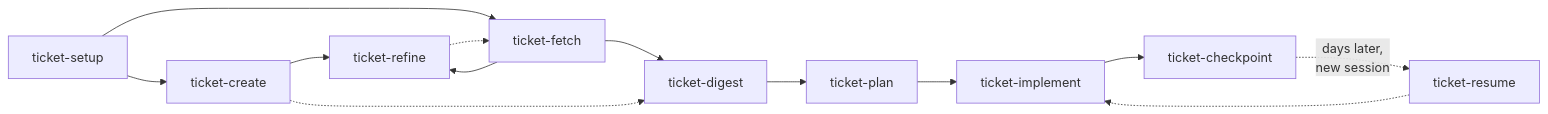
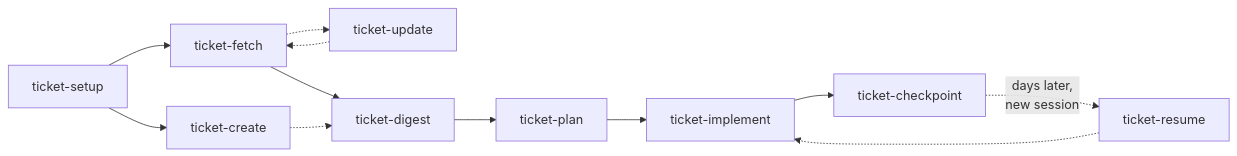
One commit to AlexCR97/.claude changed the first of 2 diagrams in skills/ticket-common/WORKFLOW.md. Above: the diagram before and after it, drawn with Mermaid. The commit also changed other lines of this file and 95 other files, not shown here.

````diff
--- a/skills/ticket-common/WORKFLOW.md
+++ b/skills/ticket-common/WORKFLOW.md
@@ -5,15 +5,14 @@
 ```mermaid
 flowchart LR
     INIT[ticket-setup] --> NEW[ticket-create]
     INIT --> FETCH[ticket-fetch]
-    NEW --> REFINE[ticket-refine]
-    FETCH --> REFINE
-    REFINE -.-> FETCH
+    FETCH -.-> UPDATE[ticket-update]
+    UPDATE -.-> FETCH
     FETCH --> DIGEST[ticket-digest]
     NEW -.-> DIGEST
     DIGEST --> PLAN[ticket-plan]
     PLAN --> IMPLEMENT[ticket-implement]
     IMPLEMENT --> CHECKPOINT[ticket-checkpoint]
     CHECKPOINT -.->|"days later,\nnew session"| RESUME[ticket-resume]
     RESUME -.-> IMPLEMENT
 ```
````
